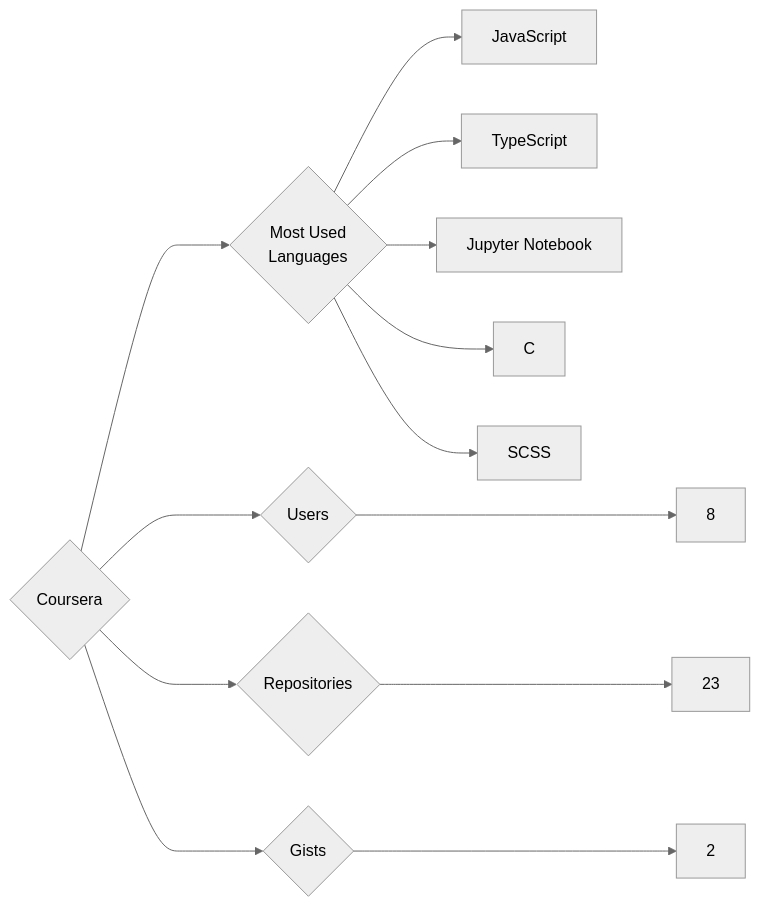
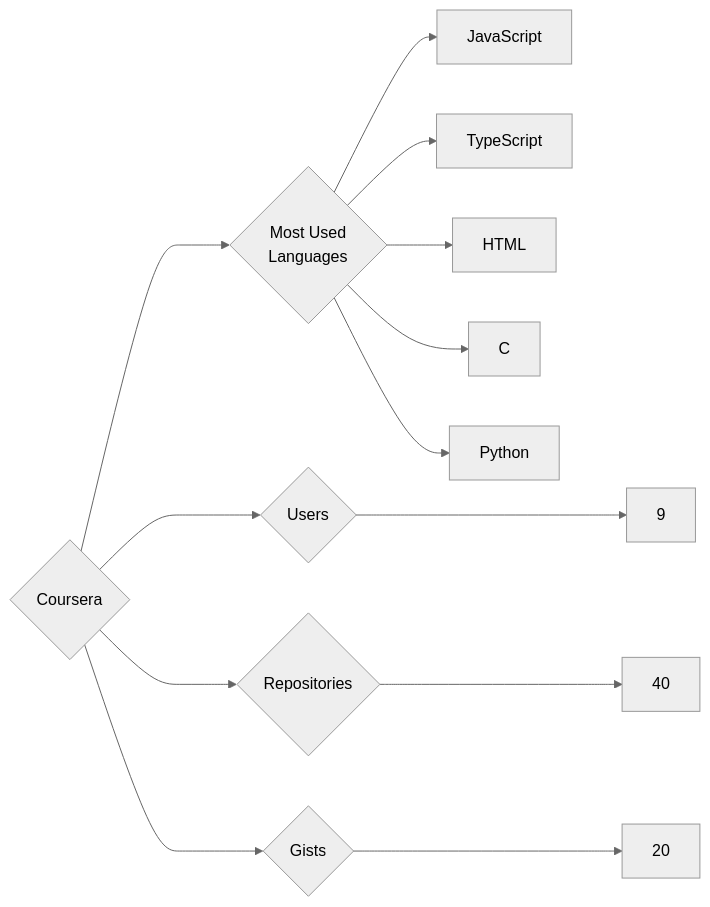
One commit to trickest/insiders changed the diagram in targets/Coursera/README.md. Above: the diagram before and after it, drawn with Mermaid (neutral theme). The commit also changed 1238 other files, not shown here.

````diff
--- a/targets/Coursera/README.md
+++ b/targets/Coursera/README.md
@@ -3,13 +3,13 @@
 ```mermaid
 graph LR
 COMPANY_NAME{Coursera}
-COMPANY_NAME ---> U{Users} ---> UN[8]
-COMPANY_NAME ---> R{Repositories} ---> RN[23]
-COMPANY_NAME ---> G{Gists} ---> GN[2]
+COMPANY_NAME ---> U{Users} ---> UN[9]
+COMPANY_NAME ---> R{Repositories} ---> RN[40]
+COMPANY_NAME ---> G{Gists} ---> GN[20]
 COMPANY_NAME ---> ML{Most Used<br>Languages}
 ML --> JavaScript[JavaScript]
 ML --> TypeScript[TypeScript]
-ML --> Jupyter_Notebook[Jupyter Notebook]
+ML --> HTML[HTML]
 ML --> C[C]
-ML --> SCSS[SCSS]
+ML --> Python[Python]
 ```
````
